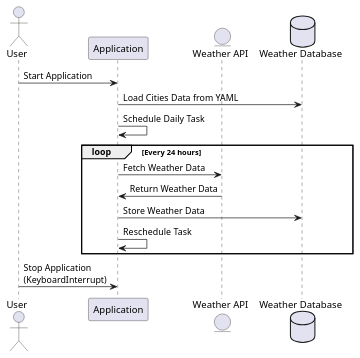
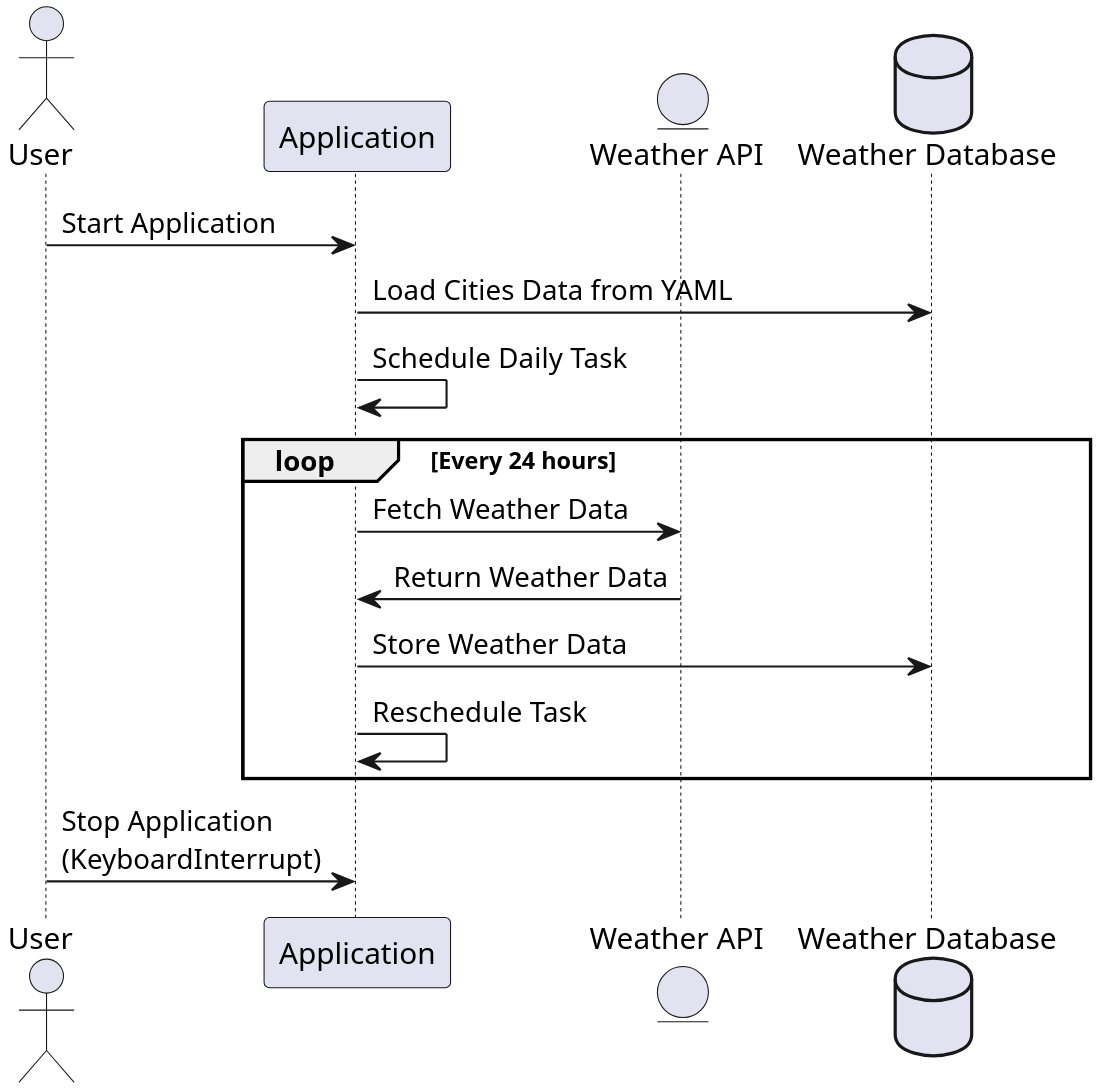
The diagram in docs/sequence.puml (gabrielclimb/openweatherdatacolllect), drawn with PlantUML before and after one commit. The commit also changed 4 other files, not shown here.

```diff
--- a/docs/sequence.puml
+++ b/docs/sequence.puml
@@ -1,20 +1,23 @@
-@startuml flow
+@startuml sequence
+
+skinparam dpi 300
+
 actor User
 participant "Application" as App
 entity "Weather API" as API
 database "Weather Database" as DB
 
 User -> App : Start Application
 App -> DB : Load Cities Data from YAML
 App -> App : Schedule Daily Task
 
 loop Every 24 hours
     App -> API : Fetch Weather Data
     API -> App : Return Weather Data
     App -> DB : Store Weather Data
     App -> App : Reschedule Task
 end
 
 User -> App :  Stop Application\n(KeyboardInterrupt)
 
 @enduml
```
